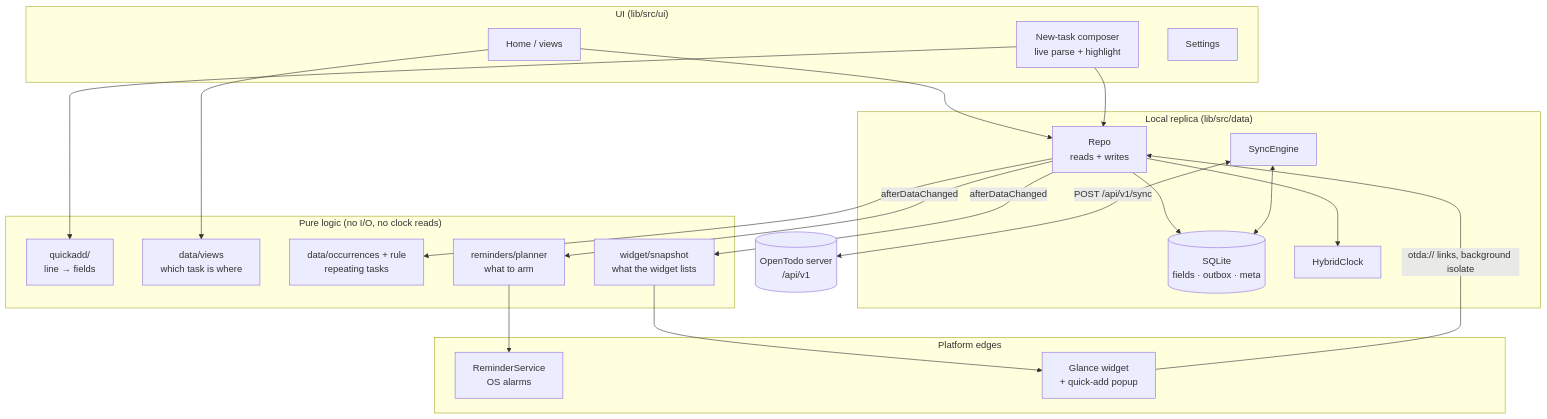
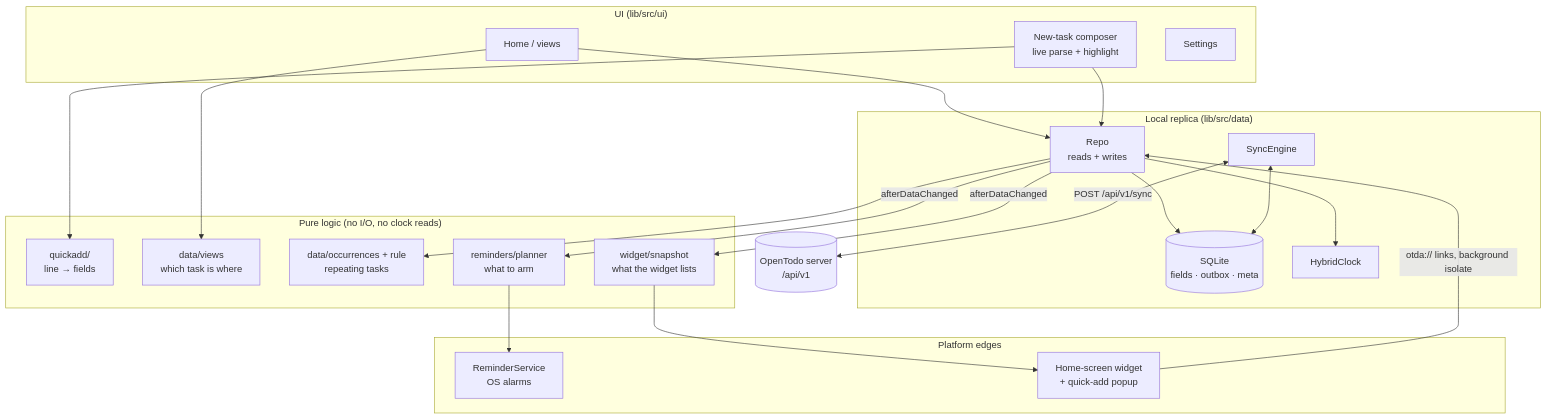
The first of 5 diagrams in README.md (driftywinds/OTDA), drawn with Mermaid before and after one commit. The commit also changed other lines of this file and 23 other files, not shown here.

````diff
--- a/README.md
+++ b/README.md
@@ -79,43 +79,43 @@
 ```mermaid
 flowchart TB
   subgraph UI["UI (lib/src/ui)"]
     Home[Home / views]
     Composer[New-task composer<br/>live parse + highlight]
     Settings[Settings]
   end
 
   subgraph Pure["Pure logic (no I/O, no clock reads)"]
     QA[quickadd/<br/>line → fields]
     Views[data/views<br/>which task is where]
     Occ[data/occurrences + rule<br/>repeating tasks]
     Plan[reminders/planner<br/>what to arm]
     Snap[widget/snapshot<br/>what the widget lists]
   end
 
   subgraph Data["Local replica (lib/src/data)"]
     Repo[Repo<br/>reads + writes]
     DB[(SQLite<br/>fields · outbox · meta)]
     Clock[HybridClock]
     Sync[SyncEngine]
   end
 
   subgraph Edge["Platform edges"]
     Rem[ReminderService<br/>OS alarms]
-    Wid[Glance widget<br/>+ quick-add popup]
+    Wid[Home-screen widget<br/>+ quick-add popup]
   end
 
   Server[(OpenTodo server<br/>/api/v1)]
 
   Composer --> QA
   Home --> Views
   Home --> Repo
   Composer --> Repo
   Repo --> DB
   Repo --> Clock
   Sync <--> DB
   Sync <-->|POST /api/v1/sync| Server
   Repo --> Occ
   Repo -->|afterDataChanged| Plan --> Rem
   Repo -->|afterDataChanged| Snap --> Wid
   Wid -->|otda:// links, background isolate| Repo
 ```
````
